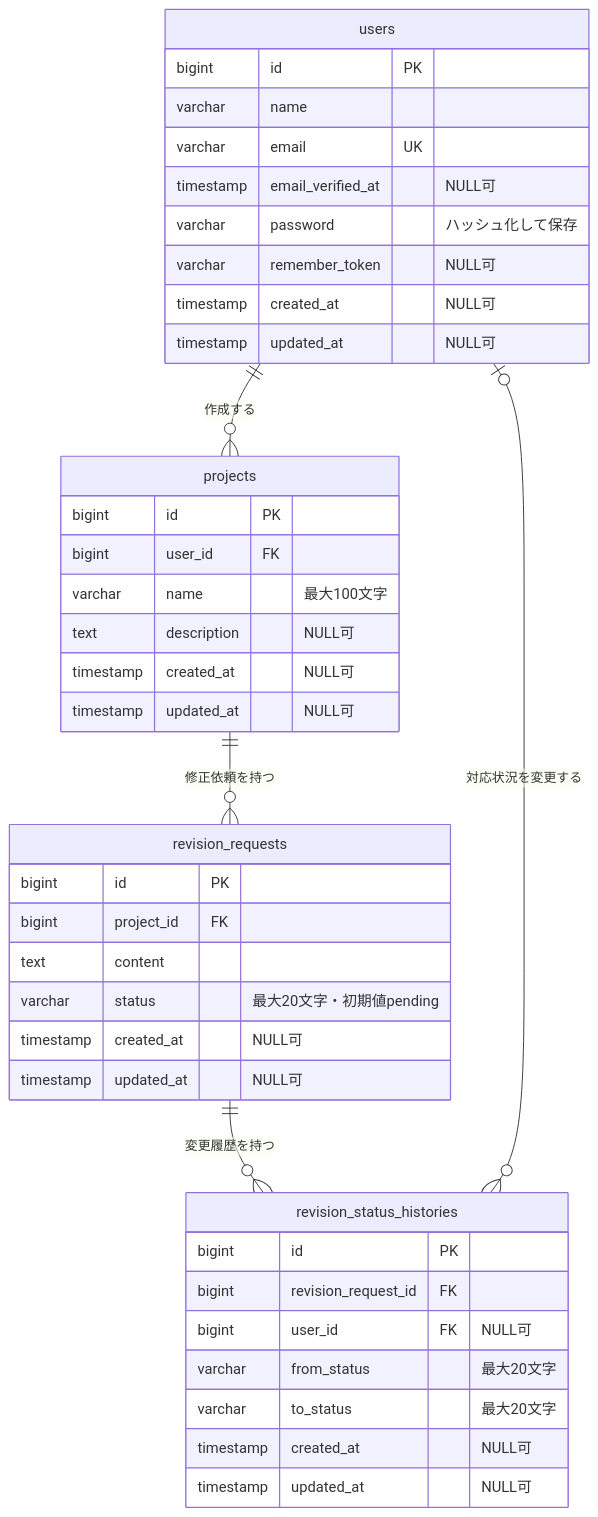
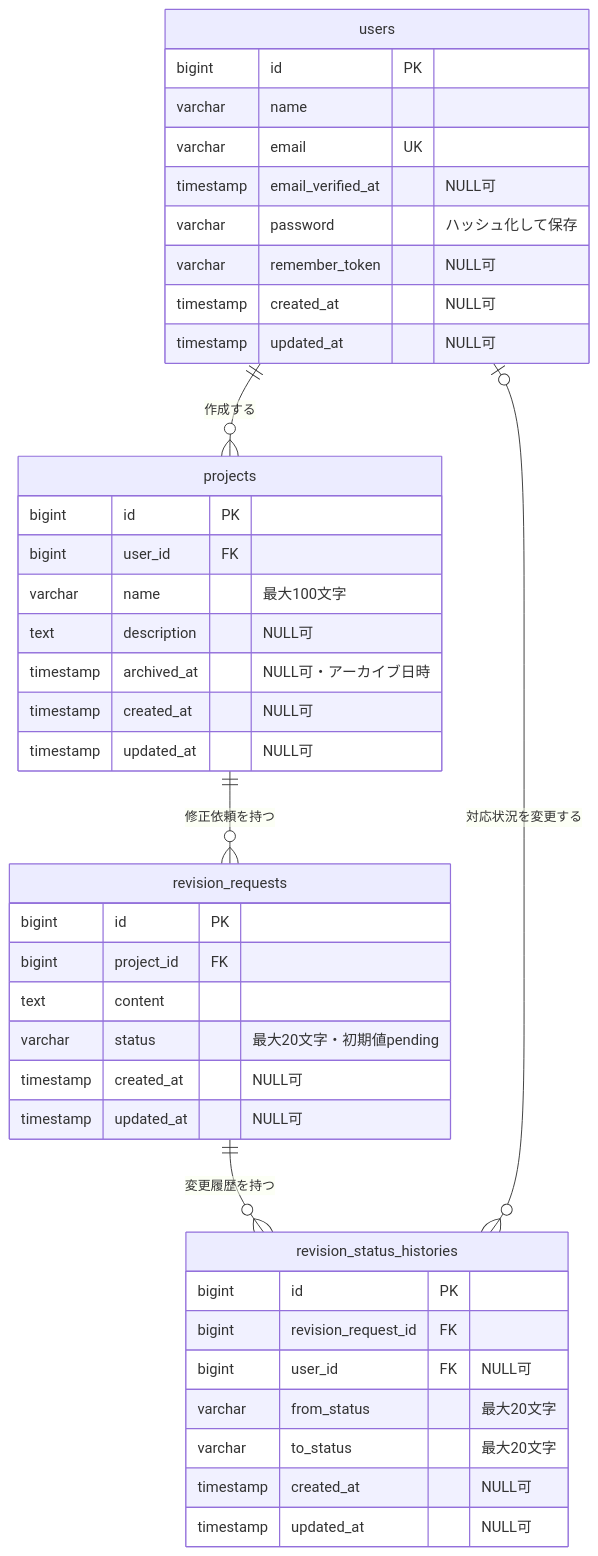
One commit to git-yuji/laravel-project-manager changed the diagram in README.md. Above: the diagram before and after it, drawn with Mermaid. The commit also changed other lines of this file and 8 other files, not shown here.

````diff
--- a/README.md
+++ b/README.md
@@ -93,45 +94,46 @@
 ```mermaid
 erDiagram
     users ||--o{ projects : "作成する"
     projects ||--o{ revision_requests : "修正依頼を持つ"
     revision_requests ||--o{ revision_status_histories : "変更履歴を持つ"
     users |o--o{ revision_status_histories : "対応状況を変更する"
 
     users {
         bigint id PK
         varchar name
         varchar email UK
         timestamp email_verified_at "NULL可"
         varchar password "ハッシュ化して保存"
         varchar remember_token "NULL可"
         timestamp created_at "NULL可"
         timestamp updated_at "NULL可"
     }
 
     projects {
         bigint id PK
         bigint user_id FK
         varchar name "最大100文字"
         text description "NULL可"
+        timestamp archived_at "NULL可・アーカイブ日時"
         timestamp created_at "NULL可"
         timestamp updated_at "NULL可"
     }
 
     revision_requests {
         bigint id PK
         bigint project_id FK
         text content
         varchar status "最大20文字・初期値pending"
         timestamp created_at "NULL可"
         timestamp updated_at "NULL可"
     }
     revision_status_histories {
         bigint id PK
         bigint revision_request_id FK
         bigint user_id FK "NULL可"
         varchar from_status "最大20文字"
         varchar to_status "最大20文字"
         timestamp created_at "NULL可"
         timestamp updated_at "NULL可"
     }
 ```
````
